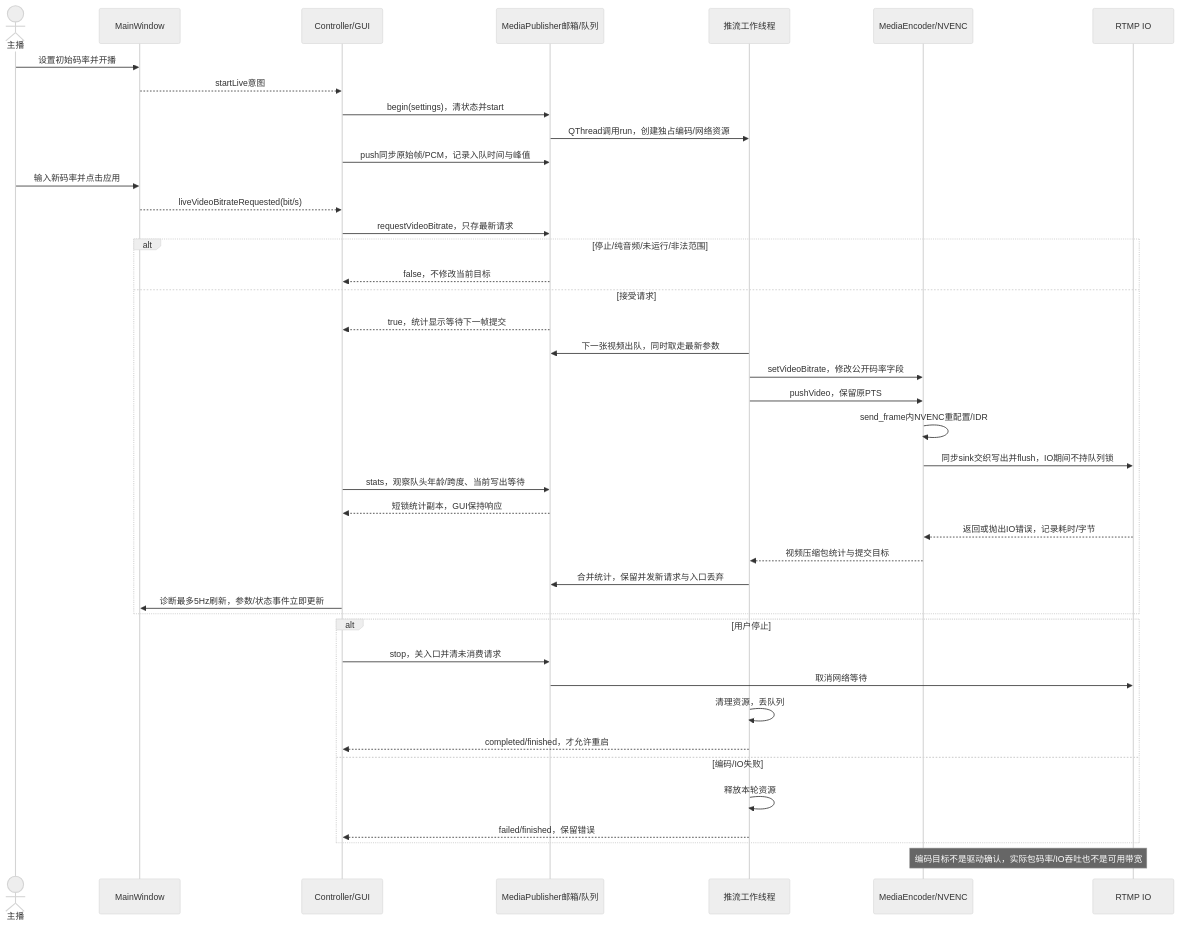
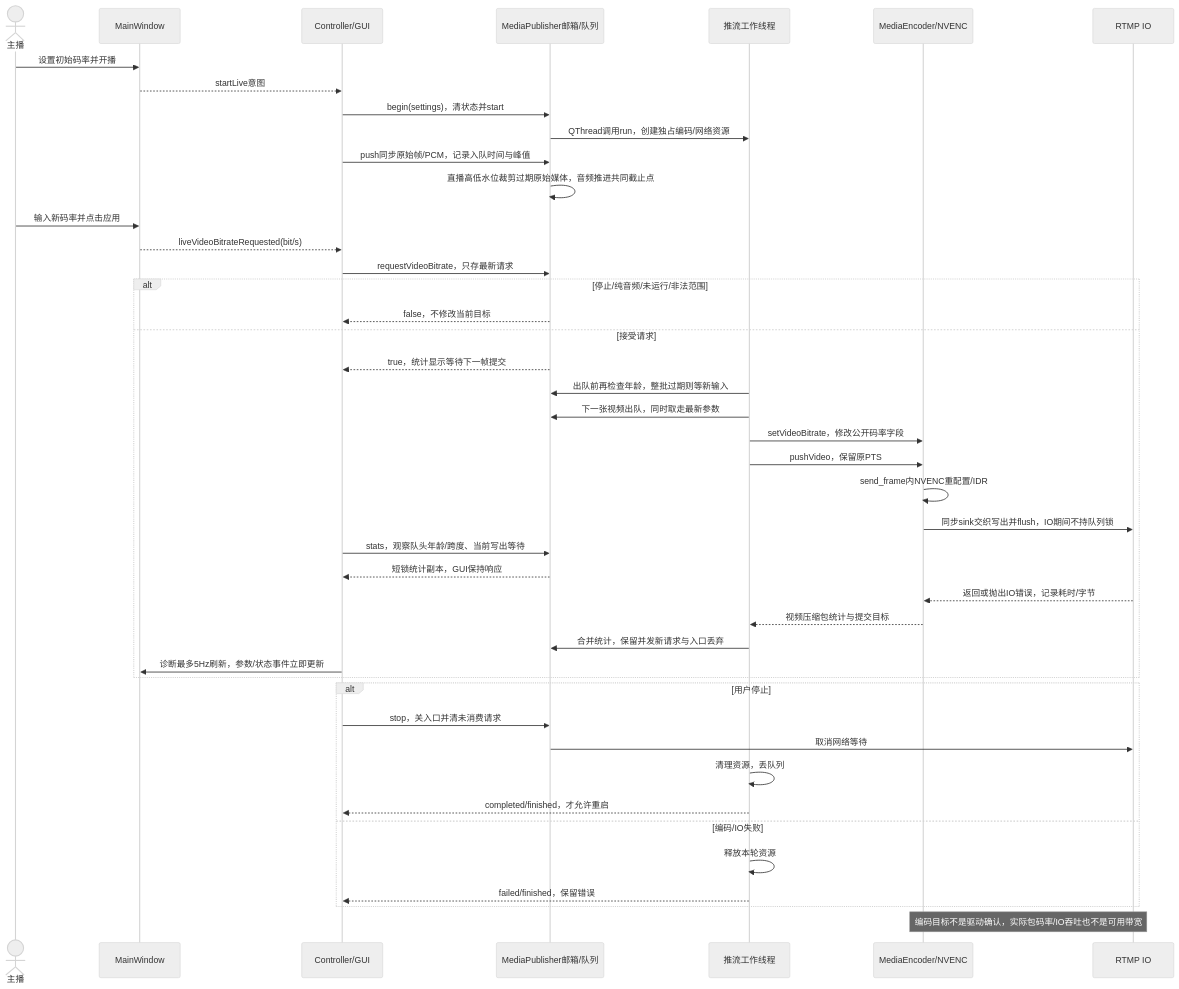
One commit to kingsman-svg/OBS changed the diagram in docs/uml/publish-control.mmd. Above: the diagram before and after it, drawn with Mermaid (neutral theme). The commit also changed 23 other files, not shown here.

```diff
--- a/docs/uml/publish-control.mmd
+++ b/docs/uml/publish-control.mmd
@@ -1,42 +1,44 @@
 sequenceDiagram
 actor U as 主播
 participant V as MainWindow
 participant C as Controller/GUI
 participant P as MediaPublisher邮箱/队列
 participant W as 推流工作线程
 participant E as MediaEncoder/NVENC
 participant R as RTMP IO
 U->>V: 设置初始码率并开播
 V-->>C: startLive意图
 C->>P: begin(settings)，清状态并start
 P->>W: QThread调用run，创建独占编码/网络资源
 C->>P: push同步原始帧/PCM，记录入队时间与峰值
+P->>P: 直播高低水位裁剪过期原始媒体，音频推进共同截止点
 U->>V: 输入新码率并点击应用
 V-->>C: liveVideoBitrateRequested(bit/s)
 C->>P: requestVideoBitrate，只存最新请求
 alt 停止/纯音频/未运行/非法范围
 P-->>C: false，不修改当前目标
 else 接受请求
 P-->>C: true，统计显示等待下一帧提交
+W->>P: 出队前再检查年龄，整批过期则等新输入
 W->>P: 下一张视频出队，同时取走最新参数
 W->>E: setVideoBitrate，修改公开码率字段
 W->>E: pushVideo，保留原PTS
 E->>E: send_frame内NVENC重配置/IDR
 E->>R: 同步sink交织写出并flush，IO期间不持队列锁
 C->>P: stats，观察队头年龄/跨度、当前写出等待
 P-->>C: 短锁统计副本，GUI保持响应
 R-->>E: 返回或抛出IO错误，记录耗时/字节
 E-->>W: 视频压缩包统计与提交目标
 W->>P: 合并统计，保留并发新请求与入口丢弃
 C->>V: 诊断最多5Hz刷新，参数/状态事件立即更新
 end
 alt 用户停止
 C->>P: stop，关入口并清未消费请求
 P->>R: 取消网络等待
 W->>W: 清理资源，丢队列
 W-->>C: completed/finished，才允许重启
 else 编码/IO失败
 W->>W: 释放本轮资源
 W-->>C: failed/finished，保留错误
 end
 Note over E,R: 编码目标不是驱动确认，实际包码率/IO吞吐也不是可用带宽
```
